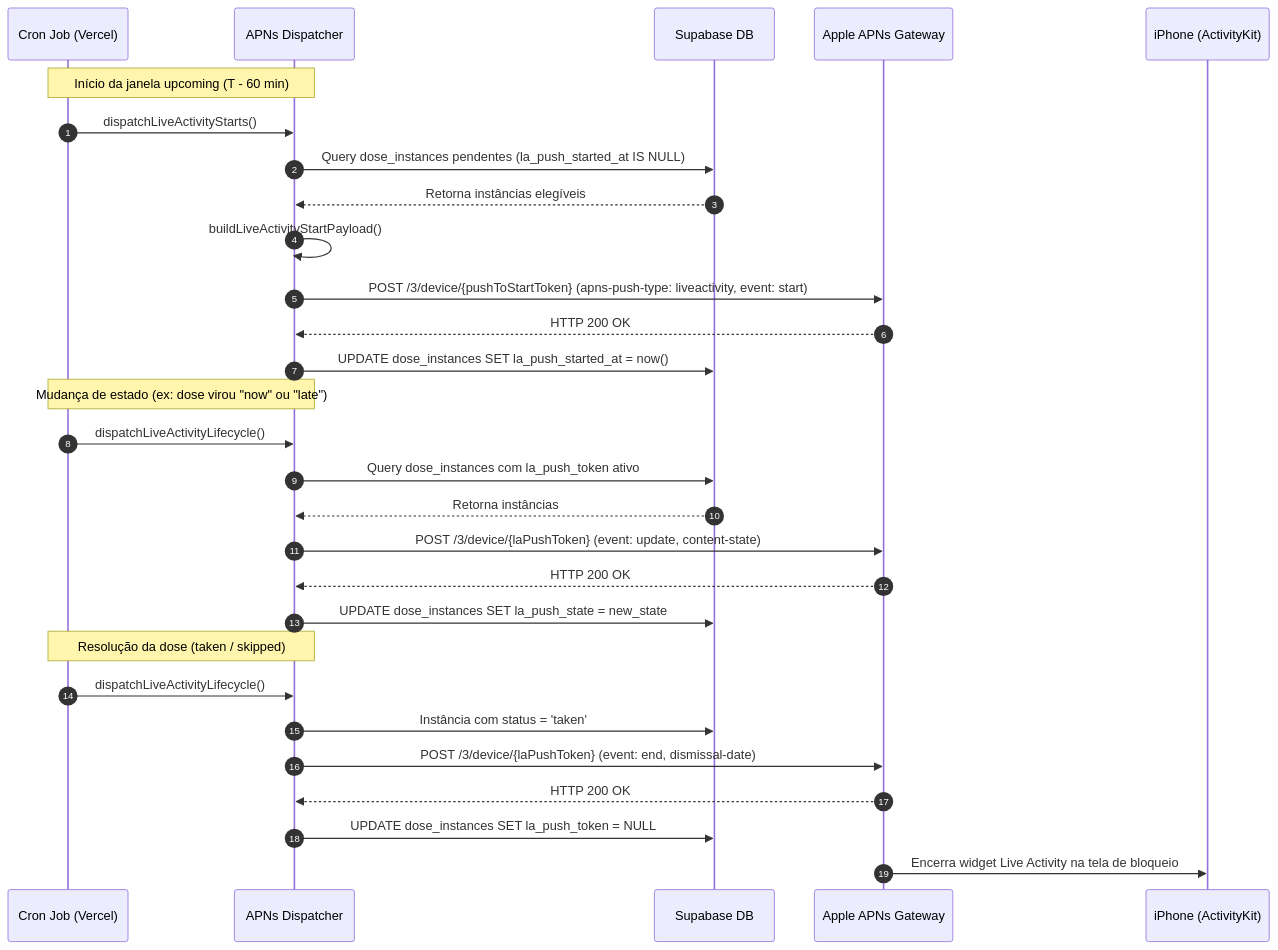
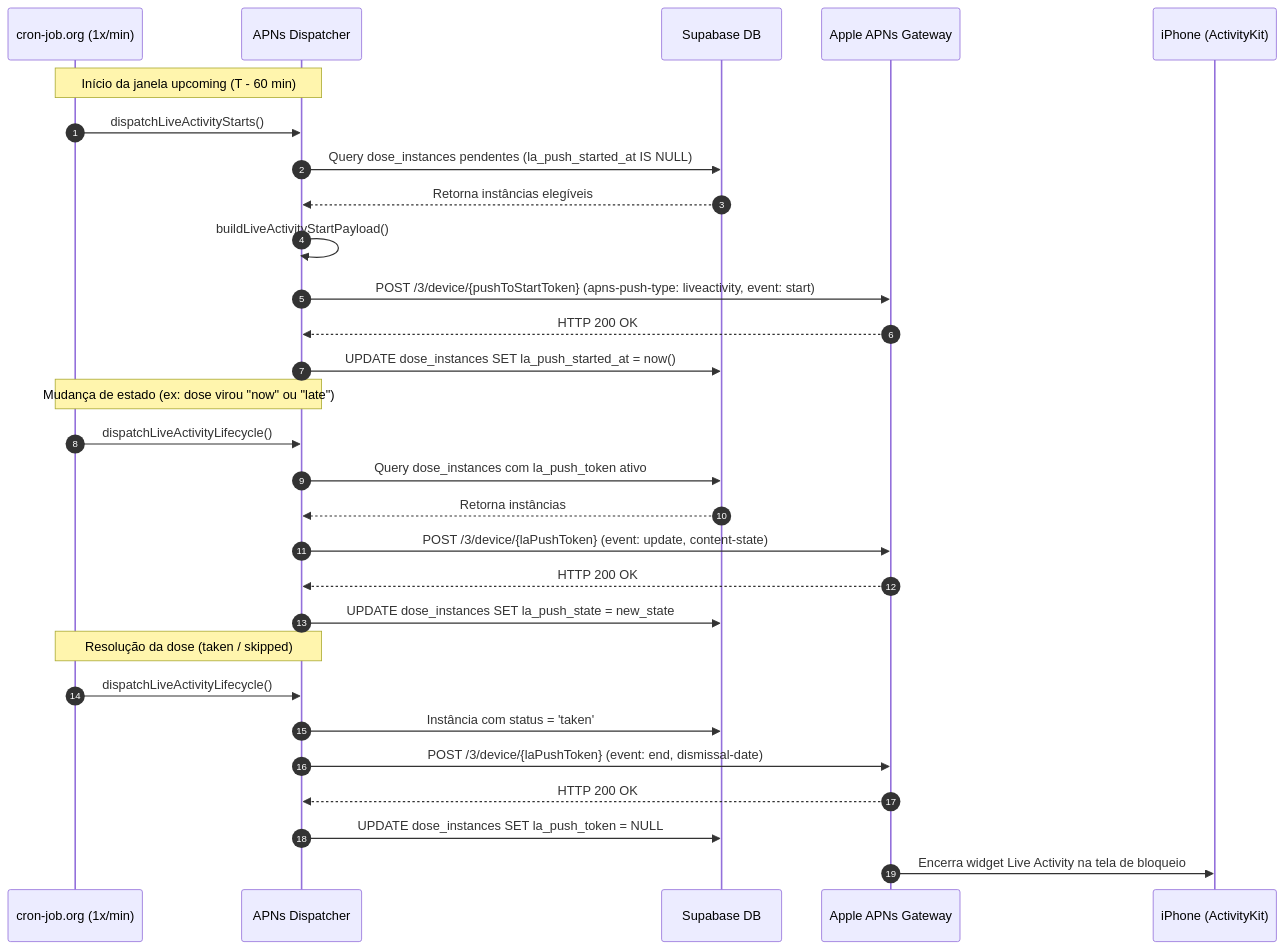
One commit to coelhotv/dosiq changed the third of 4 diagrams in docs/architecture/SERVER_NOTIFICATIONS.md. Above: the diagram before and after it, drawn with Mermaid. The commit also changed other lines of this file and 3 other files, not shown here.

````diff
--- a/docs/architecture/SERVER_NOTIFICATIONS.md
+++ b/docs/architecture/SERVER_NOTIFICATIONS.md
@@ -313,34 +315,34 @@
 ```mermaid
 sequenceDiagram
     autonumber
-    participant Cron as Cron Job (Vercel)
+    participant Cron as cron-job.org (1x/min)
     participant Engine as APNs Dispatcher
     participant DB as Supabase DB
     participant APNs as Apple APNs Gateway
     participant iOS as iPhone (ActivityKit)
 
     Note over Cron,Engine: Início da janela upcoming (T - 60 min)
     Cron->>Engine: dispatchLiveActivityStarts()
     Engine->>DB: Query dose_instances pendentes (la_push_started_at IS NULL)
     DB-->>Engine: Retorna instâncias elegíveis
     Engine->>Engine: buildLiveActivityStartPayload()
     Engine->>APNs: POST /3/device/{pushToStartToken} (apns-push-type: liveactivity, event: start)
     APNs-->>Engine: HTTP 200 OK
     Engine->>DB: UPDATE dose_instances SET la_push_started_at = now()
 
     Note over Cron,Engine: Mudança de estado (ex: dose virou "now" ou "late")
     Cron->>Engine: dispatchLiveActivityLifecycle()
     Engine->>DB: Query dose_instances com la_push_token ativo
     DB-->>Engine: Retorna instâncias
     Engine->>APNs: POST /3/device/{laPushToken} (event: update, content-state)
     APNs-->>Engine: HTTP 200 OK
     Engine->>DB: UPDATE dose_instances SET la_push_state = new_state
 
     Note over Cron,Engine: Resolução da dose (taken / skipped)
     Cron->>Engine: dispatchLiveActivityLifecycle()
     Engine->>DB: Instância com status = 'taken'
     Engine->>APNs: POST /3/device/{laPushToken} (event: end, dismissal-date)
     APNs-->>Engine: HTTP 200 OK
     Engine->>DB: UPDATE dose_instances SET la_push_token = NULL
     APNs->>iOS: Encerra widget Live Activity na tela de bloqueio
 ```
````
